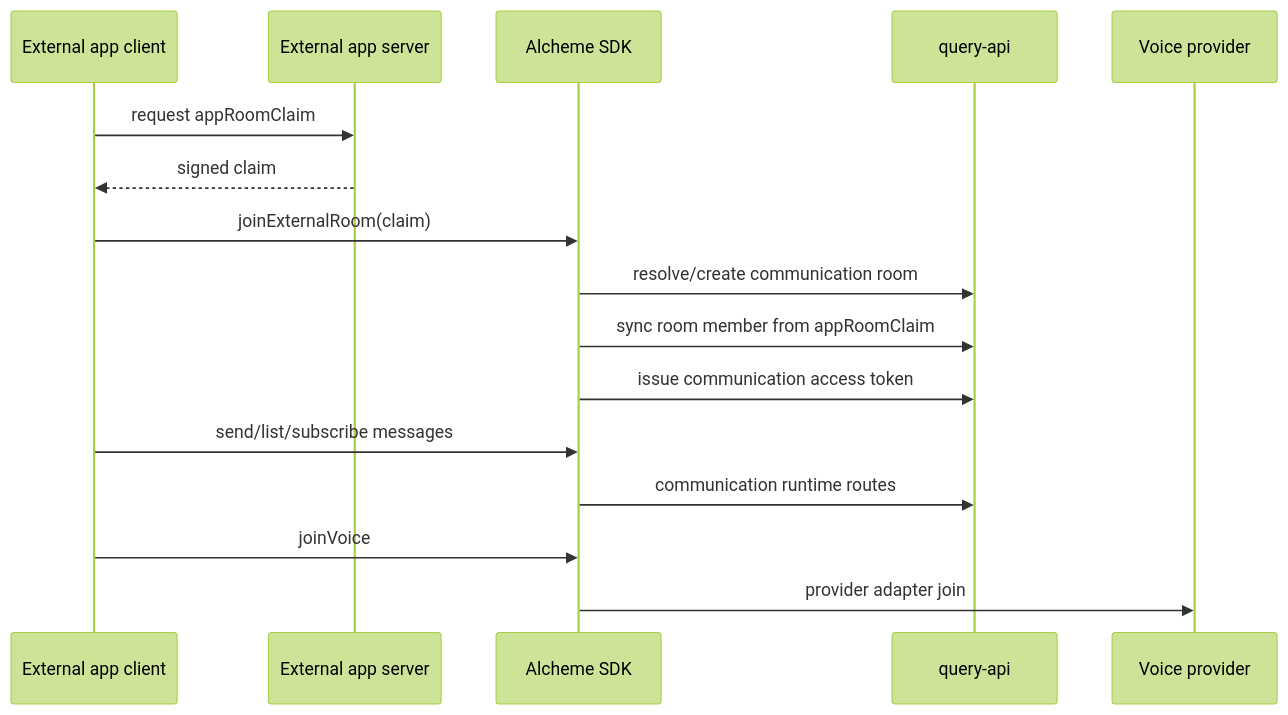
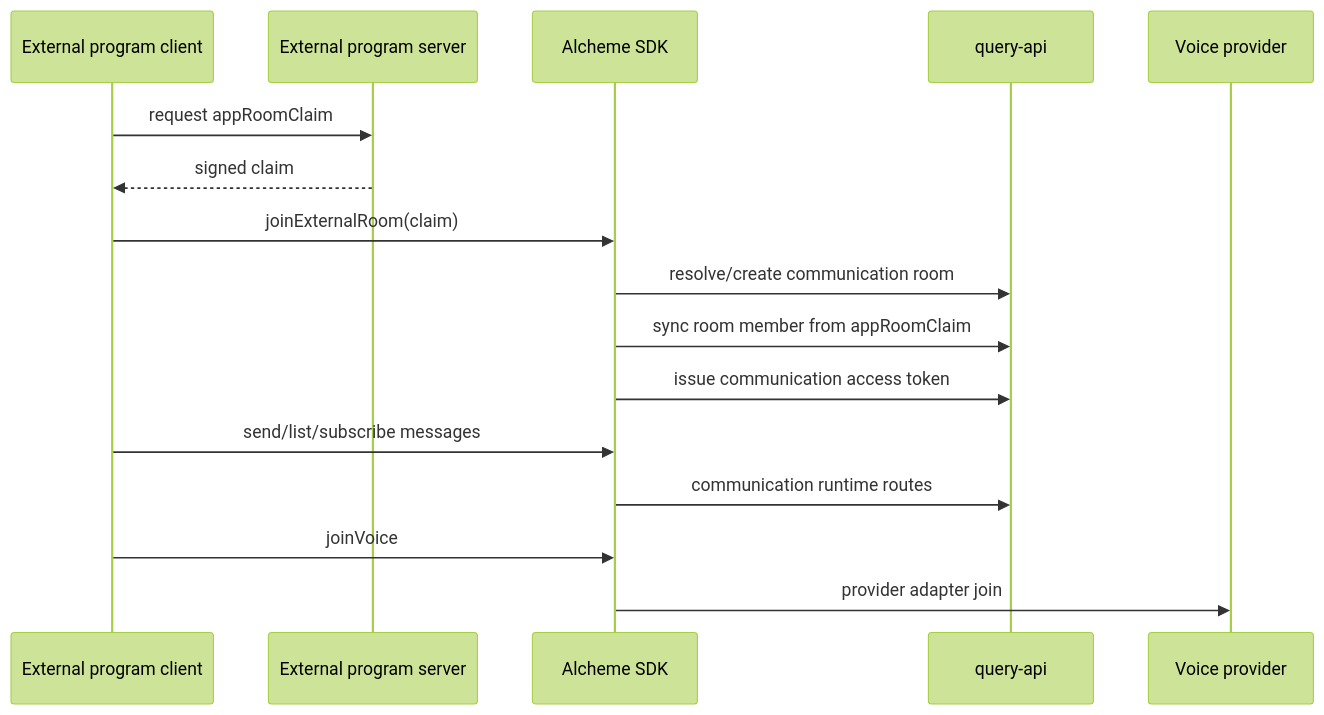
One commit to alcheme-labs/alcheme-protocol changed the second of 2 diagrams in examples/game-chat-headless/README.md. Above: the diagram before and after it, drawn with Mermaid (forest theme). The commit also changed other lines of this file and 18 other files, not shown here.

Commit message:
Document external program integration quickstart

````diff
--- a/examples/game-chat-headless/README.md
+++ b/examples/game-chat-headless/README.md
@@ -31,19 +35,19 @@
 ```mermaid
 sequenceDiagram
-    participant App as External app client
-    participant Server as External app server
+    participant App as External program client
+    participant Server as External program server
     participant SDK as Alcheme SDK
     participant API as query-api
     participant Voice as Voice provider
 
     App->>Server: request appRoomClaim
     Server-->>App: signed claim
     App->>SDK: joinExternalRoom(claim)
     SDK->>API: resolve/create communication room
     SDK->>API: sync room member from appRoomClaim
     SDK->>API: issue communication access token
     App->>SDK: send/list/subscribe messages
     SDK->>API: communication runtime routes
     App->>SDK: joinVoice
     SDK->>Voice: provider adapter join
 ```
````
